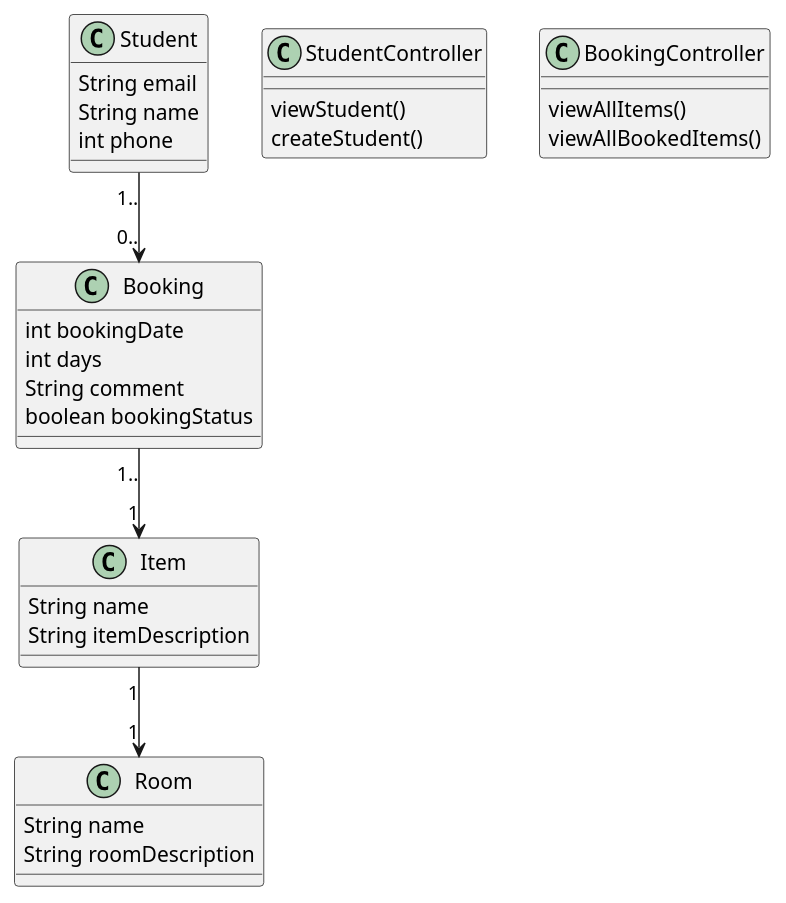
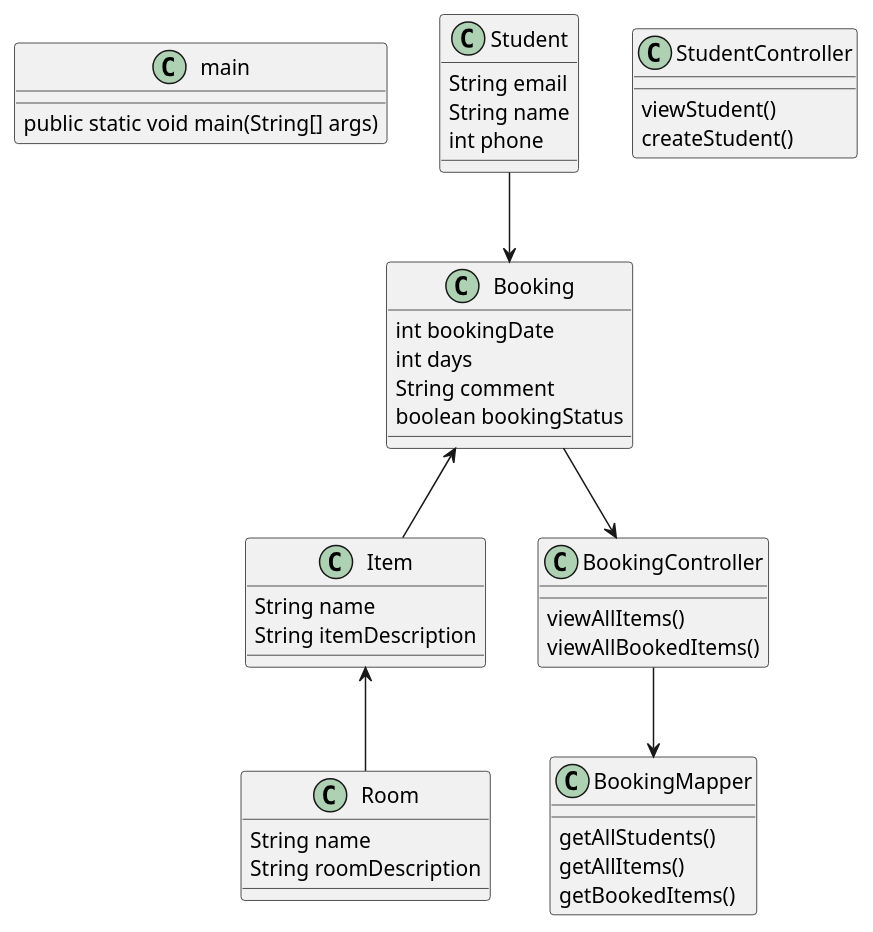
Before and after one commit to mariaNoermoelle/DAT2SemesterProjekt: the diagram in DAT2BookingSystem/src/main/resources/diagrams/ClassdiagramBookingSystem.puml, drawn with PlantUML.

Commit message:
Updated Class diagram

```diff
--- a/DAT2BookingSystem/src/main/resources/diagrams/ClassdiagramBookingSystem.puml
+++ b/DAT2BookingSystem/src/main/resources/diagrams/ClassdiagramBookingSystem.puml
@@ -1,40 +1,53 @@
 @startuml
 'https://plantuml.com/class-diagram
+
+class main{
+public static void main(String[] args)
+}
 
 class Student{
 String email
 String name
 int phone
 }
 class Booking{
 int bookingDate
 int days
 String comment
 boolean bookingStatus
 }
 class Item{
 String name
 String itemDescription
 }
 class Room {
 String name
 String roomDescription
 }
 
 class StudentController{
 viewStudent()
 createStudent()
 }
 
 class BookingController{
 viewAllItems()
 viewAllBookedItems()
 }
 
-Student "1.." --> "0.." Booking
-Booking "1.."--> "1" Item
-Item "1" --> "1" Room
+class BookingMapper{
+getAllStudents()
+getAllItems()
+getBookedItems()
+
+}
+
+Student --> Booking
+Booking <--  Item
+Item <--  Room
+Booking --> BookingController
+BookingController --> BookingMapper
 
 
 
 @enduml
```
